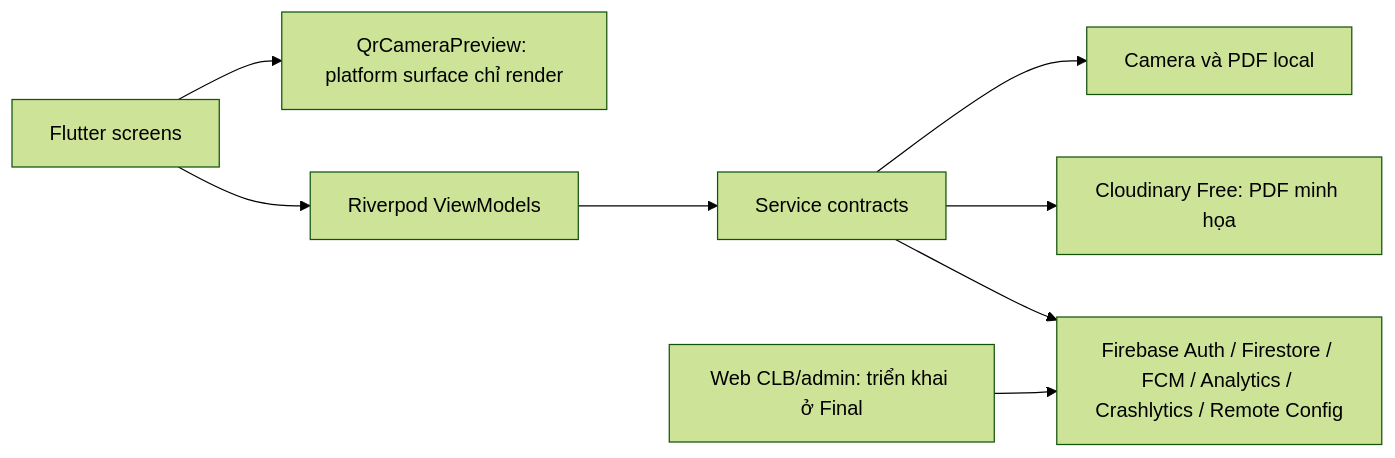
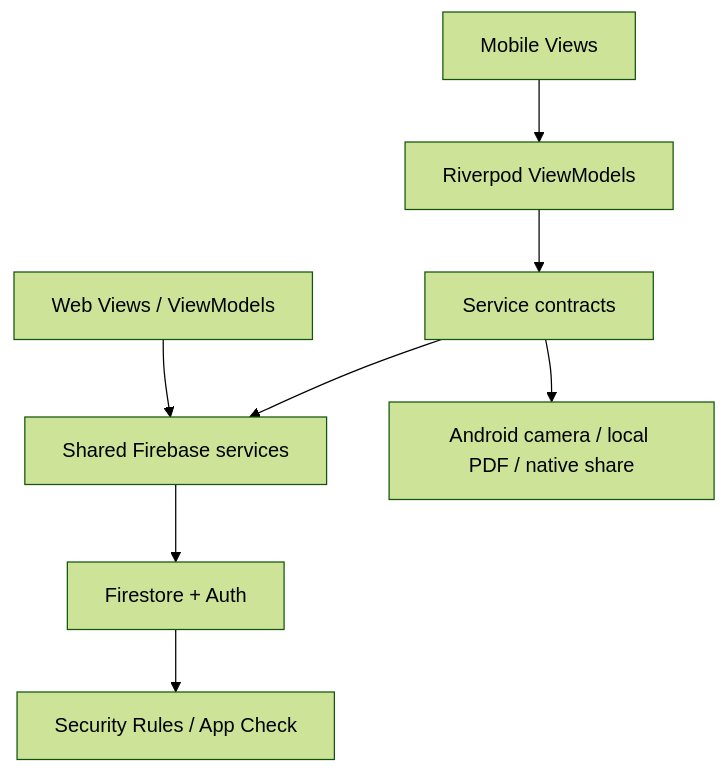
One commit to Artoriaaas/PRM393_ASM_Group4 changed the first of 2 diagrams in docs/architecture.md. Above: the diagram before and after it, drawn with Mermaid (forest theme). The commit also changed other lines of this file and 36 other files, not shown here.

````diff
--- a/docs/architecture.md
+++ b/docs/architecture.md
@@ -21,10 +25,10 @@
 ```mermaid
-flowchart LR
-  UI[Flutter screens] --> VM[Riverpod ViewModels]
-  VM --> I[Service contracts]
-  I --> F[Firebase Auth / Firestore / FCM / Analytics / Crashlytics / Remote Config]
-  I --> C[Cloudinary Free: PDF minh họa]
-  I --> D[Camera và PDF local]
-  UI --> P[QrCameraPreview: platform surface chỉ render]
-  W[Web CLB/admin: triển khai ở Final] --> F
+flowchart TD
+  V[Mobile Views] --> VM[Riverpod ViewModels]
+  VM --> C[Service contracts]
+  C --> F[Shared Firebase services]
+  C --> N[Android camera / local PDF / native share]
+  W[Web Views / ViewModels] --> F
+  F --> DB[Firestore + Auth]
+  DB --> R[Security Rules / App Check]
 ```
````
